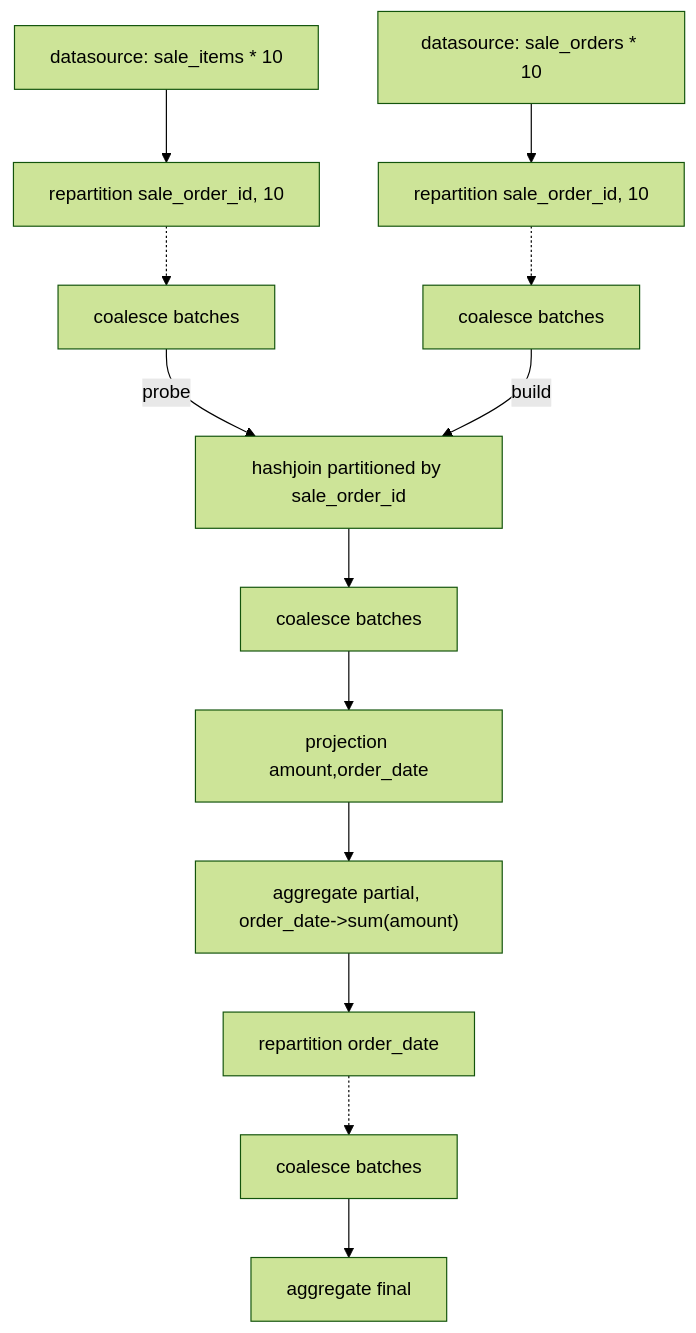
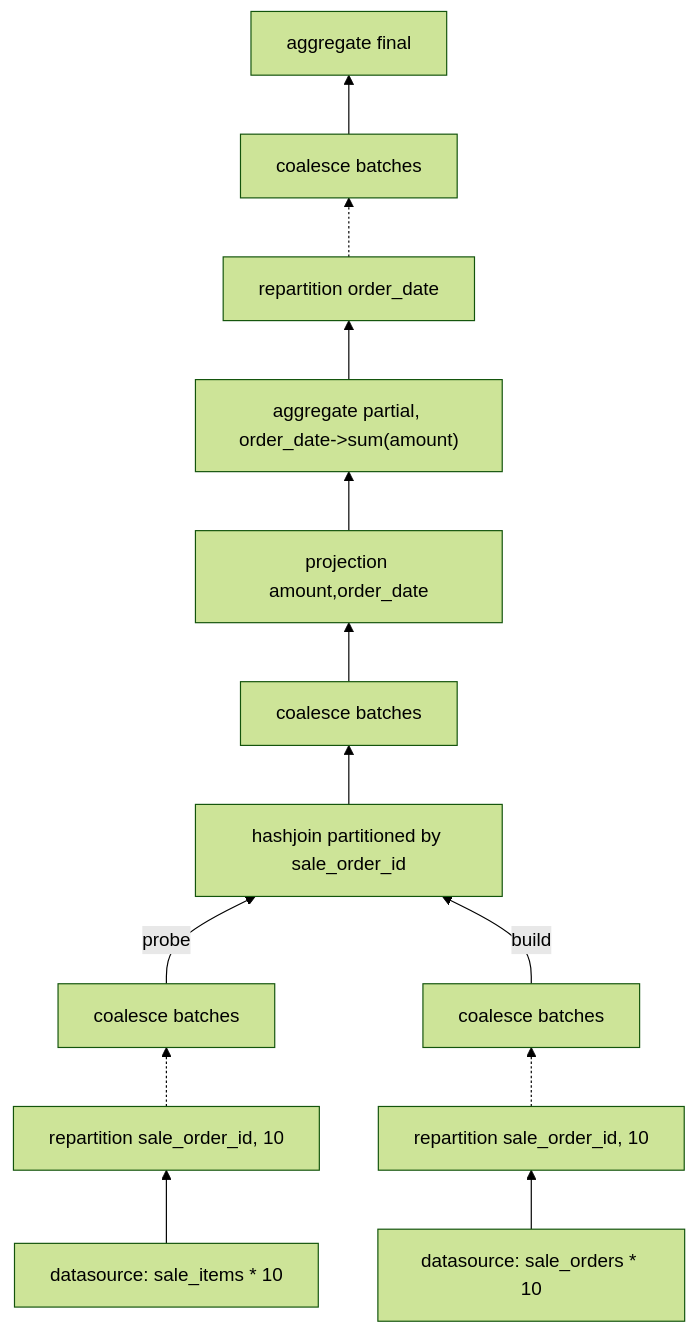
One commit to wangzaixiang/wangzaixiang.github.io changed the diagram in books/learning/src/perf-vs-duckdb-1.md. Above: the diagram before and after it, drawn with Mermaid (forest theme).

Commit message:
零星更新

````diff
--- a/books/learning/src/perf-vs-duckdb-1.md
+++ b/books/learning/src/perf-vs-duckdb-1.md
@@ -67,19 +67,19 @@
 ```mermaid
-graph TD
+graph BT
 
     ds1[datasource: sale_items * 10] --> rp1[repartition sale_order_id, 10] 
     rp1 -.-> coal1[coalesce batches] 
     coal1 -->|probe| hj1[hashjoin]
 
     ds2[datasource: sale_orders * 10] --> rp2[repartition sale_order_id, 10] 
     rp2 -.-> coal2[coalesce batches] 
     coal2 -->|build| hj1[hashjoin partitioned by sale_order_id]
 
     hj1 --> coal3[coalesce batches] 
     coal3 --> prj[projection amount,order_date]
     prj   --> aggr1["aggregate partial, order_date->sum(amount)"]
     aggr1 --> rp3[repartition order_date]
     rp3   -.-> coal4[coalesce batches]
     coal4 --> aggr2["aggregate final"]
 
 ```
````
